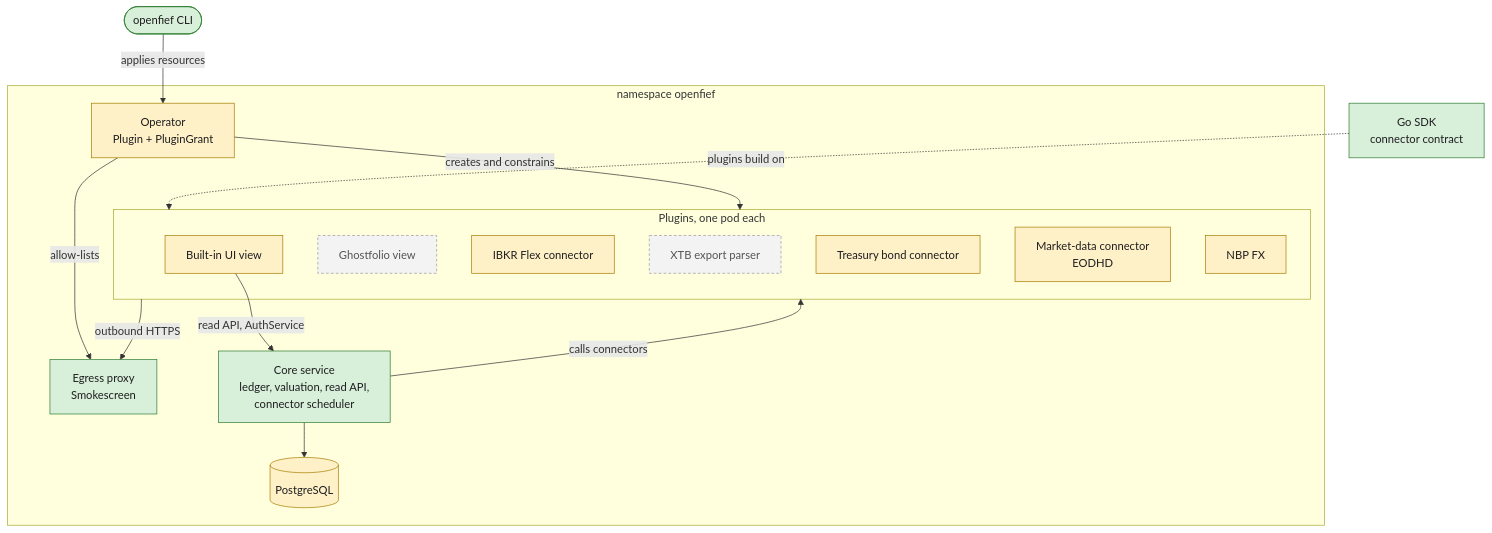
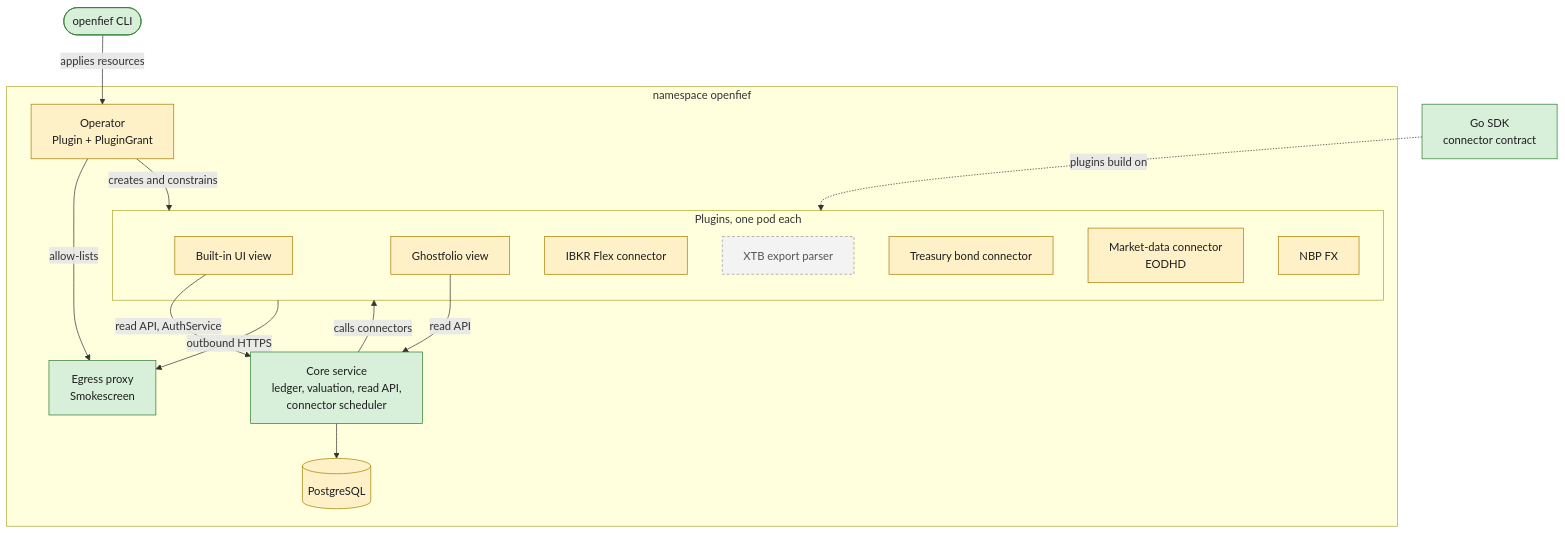
Before and after one commit to arkadiuss/openfief: the second of 5 diagrams in docs/architecture.md, drawn with Mermaid. The commit also changed other lines of this file and 320 other files, not shown here.

````diff
--- a/docs/architecture.md
+++ b/docs/architecture.md
@@ -40,31 +40,32 @@
 ```mermaid
 flowchart TB
   classDef built fill:#d8efd9,stroke:#2f7d32,color:#1d1d1f
   classDef partial fill:#fff1c7,stroke:#a77d00,color:#1d1d1f
   classDef missing fill:#f3f3f3,stroke:#9a9a9a,color:#555,stroke-dasharray: 4 3
   cli(["openfief CLI"]):::built
   subgraph ns["namespace openfief"]
     op["Operator<br/>Plugin + PluginGrant"]:::partial
     proxy["Egress proxy<br/>Smokescreen"]:::built
     core["Core service<br/>ledger, valuation, read API,<br/>connector scheduler"]:::built
     pg[("PostgreSQL")]:::partial
     subgraph plugins["Plugins, one pod each"]
       ui["Built-in UI view"]:::partial
-      gfv["Ghostfolio view"]:::missing
+      gfv["Ghostfolio view"]:::partial
       ibkrc["IBKR Flex connector"]:::partial
       xtb["XTB export parser"]:::missing
       bonds["Treasury bond connector"]:::partial
       mdc["Market-data connector<br/>EODHD"]:::partial
       nbpc["NBP FX"]:::partial
     end
   end
   sdk["Go SDK<br/>connector contract"]:::built
   sdk -. "plugins build on" .-> plugins
   cli -- "applies resources" --> op
   op -- "creates and constrains" --> plugins
   op -- "allow-lists" --> proxy
   core --> pg
   core -- "calls connectors" --> plugins
   ui -- "read API, AuthService" --> core
+  gfv -- "read API" --> core
   plugins -- "outbound HTTPS" --> proxy
 ```
````
